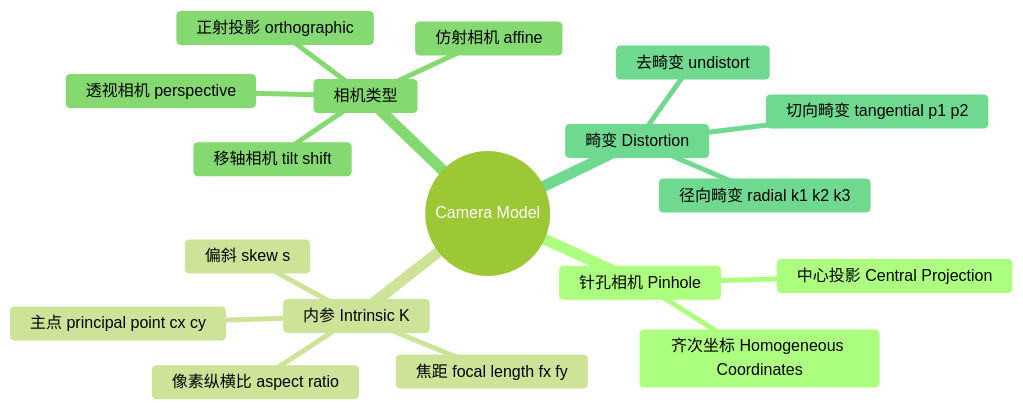
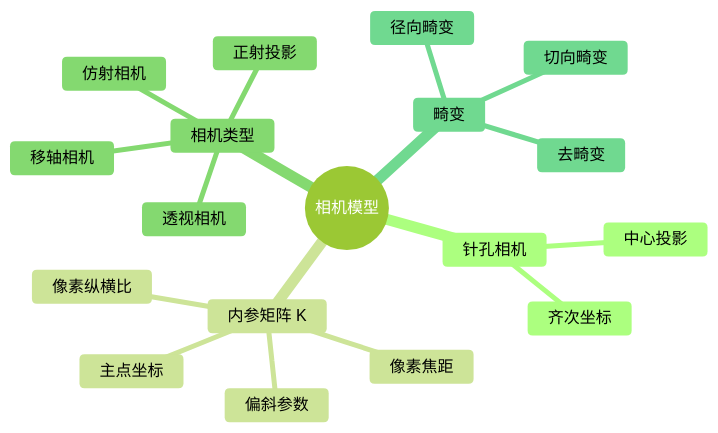
Before and after one commit to dull-bird/book_3d_cv: the first of 2 diagrams in src/00_basics/01_camera_model.md, drawn with Mermaid (forest theme). The commit also changed other lines of this file, not shown here.

Commit message:
fix: 修复ch01四处逻辑/表述问题
1. 合并146-150行重复的[!NOTE]块
2. "为什么本节不讲标定"改为"完整理解需下一节知识"+指向1.8实操
   ——消除与990行标定代码的矛盾
3. 透视/仿射对比表: "K X_cam / Z"改为"K X_cam后除以齐次分量"
   ——避免K矩阵与显式除Z混淆
4. 技术全景mindmap全中文化

````diff
--- a/src/00_basics/01_camera_model.md
+++ b/src/00_basics/01_camera_model.md
@@ -222,21 +219,21 @@
 ```mermaid
 mindmap
-  root((Camera Model))
-    针孔相机 Pinhole
-      中心投影 Central Projection
-      齐次坐标 Homogeneous Coordinates
-    内参 Intrinsic K
-      焦距 focal length fx fy
-      主点 principal point cx cy
-      像素纵横比 aspect ratio
-      偏斜 skew s
+  root((相机模型))
+    针孔相机
+      中心投影
+      齐次坐标
+    内参矩阵 K
+      像素焦距
+      主点坐标
+      像素纵横比
+      偏斜参数
     相机类型
-      透视相机 perspective
-      仿射相机 affine
-      移轴相机 tilt shift
-      正射投影 orthographic
-    畸变 Distortion
-      径向畸变 radial k1 k2 k3
-      切向畸变 tangential p1 p2
-      去畸变 undistort
+      透视相机
+      仿射相机
+      移轴相机
+      正射投影
+    畸变
+      径向畸变
+      切向畸变
+      去畸变
 ```
````
